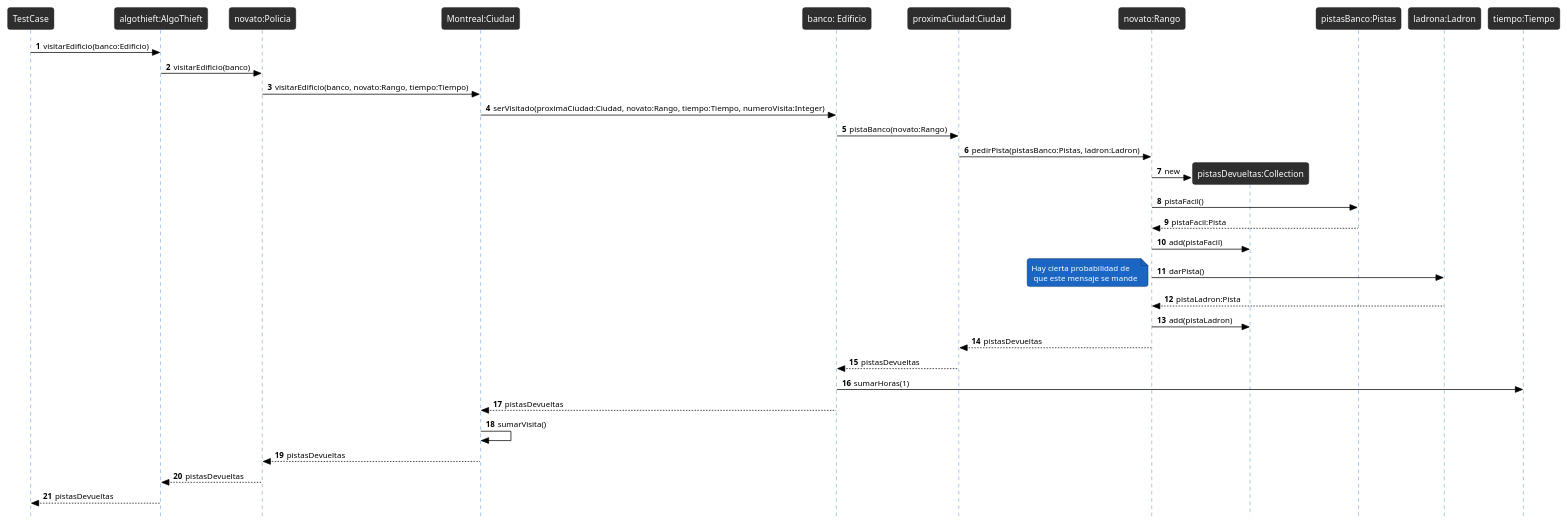
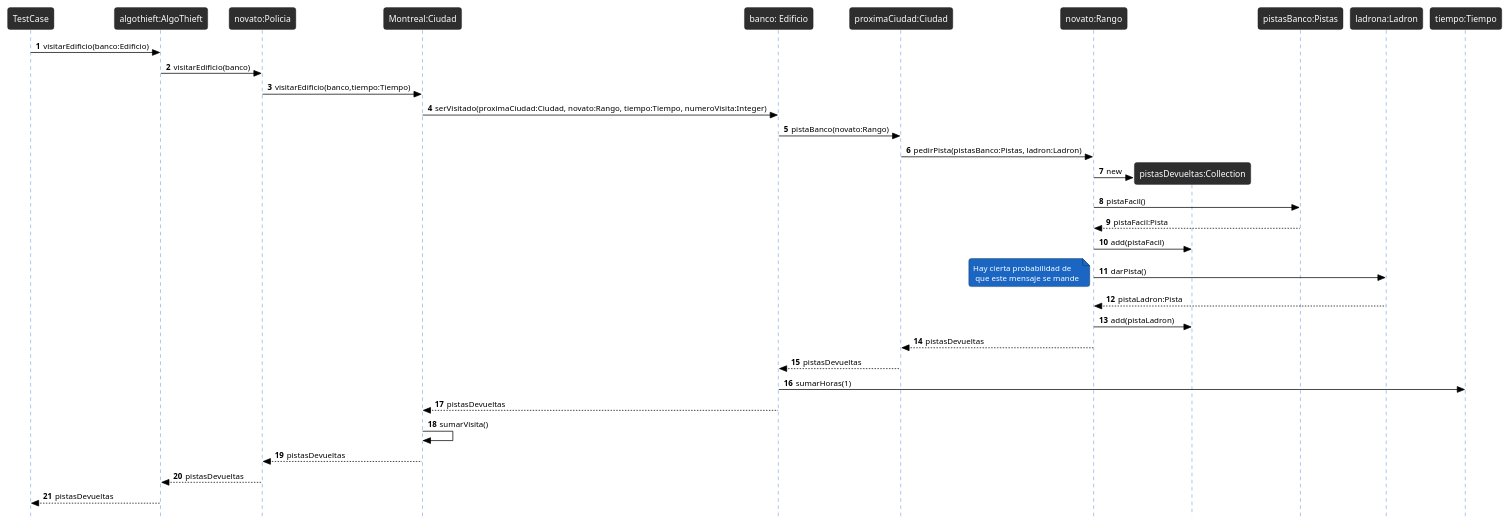
Before and after one commit to avilagaston9/algo3_tp2: the diagram in docs/Diagramas/Secuencia/caso1-1-completo.plantuml, drawn with PlantUML. The commit also changed 22 other files, not shown here.

```diff
--- a/docs/Diagramas/Secuencia/caso1-1-completo.plantuml
+++ b/docs/Diagramas/Secuencia/caso1-1-completo.plantuml
@@ -1,46 +1,46 @@
 @startuml
 
 !theme reddress-darkblue
 autonumber
 skinparam style strictuml
 skinparam BackGroundColor white
 skinparam RoundCorner 7
 skinparam SequenceGroupFontColor black
 skinparam SequenceGroupBorderColor black
 skinparam SequenceGroupBorderThickness 0.5
 skinparam ArrowFontColor black
 skinparam ArrowColor black
 skinparam ActorFontColor black
 skinparam participantFontSize 12
 skinparam SequenceLifeLineBackGroundColor 2e2e2e
 
 TestCase -> "algothieft:AlgoThieft" as algothieft: visitarEdificio(banco:Edificio)
 algothieft -> "novato:Policia" as unPolicia: visitarEdificio(banco)
-unPolicia -> "Montreal:Ciudad" as montreal : visitarEdificio(banco, novato:Rango, tiempo:Tiempo)
+unPolicia -> "Montreal:Ciudad" as montreal : visitarEdificio(banco,tiempo:Tiempo)
 montreal ->"banco: Edificio" as edificio: serVisitado(proximaCiudad:Ciudad, novato:Rango, tiempo:Tiempo, numeroVisita:Integer)
 edificio -> "proximaCiudad:Ciudad" as proximaCiudad : pistaBanco(novato:Rango)
 proximaCiudad -> "novato:Rango" as rango : pedirPista(pistasBanco:Pistas, ladron:Ladron)
 
 create "pistasDevueltas:Collection" as pistasDevueltas
 rango -> pistasDevueltas : new
 rango -> "pistasBanco:Pistas" as pistas: pistaFacil()
 pistas --> rango :pistaFacil:Pista
 rango -> pistasDevueltas : add(pistaFacil)
 rango -> "ladrona:Ladron" as ladron: darPista()
 note left: Hay cierta probabilidad de\n que este mensaje se mande
 ladron --> rango: pistaLadron:Pista
 rango -> pistasDevueltas : add(pistaLadron)
 rango --> proximaCiudad: pistasDevueltas
 
 proximaCiudad -->edificio : pistasDevueltas
 
 edificio -> "tiempo:Tiempo" as tiempo: sumarHoras(1)
 
 montreal <-- edificio: pistasDevueltas
 montreal -> montreal : sumarVisita()
 unPolicia <-- montreal: pistasDevueltas
 unPolicia --> algothieft: pistasDevueltas
 
 TestCase <-- algothieft: pistasDevueltas
 
 @enduml
```
